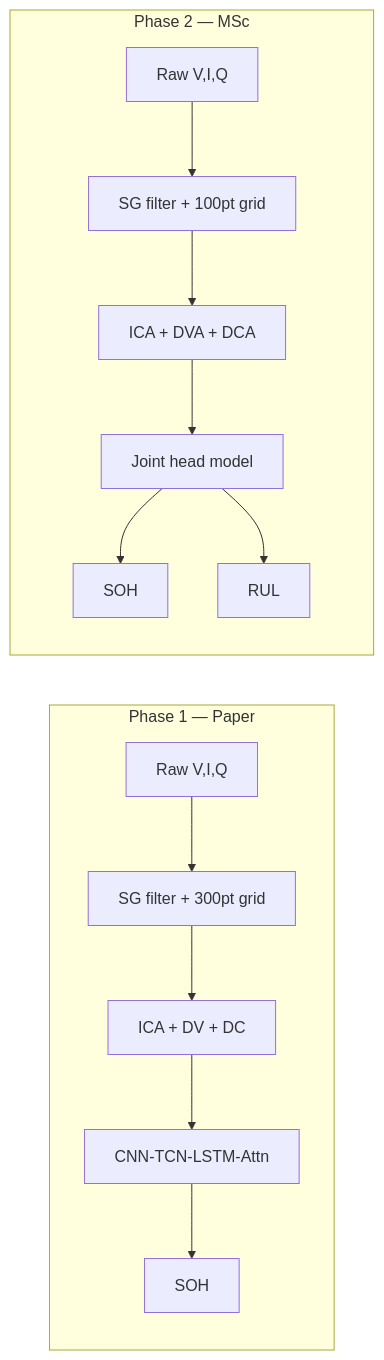
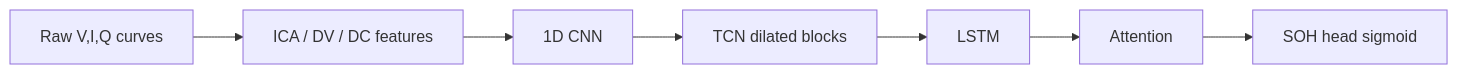
Before and after one commit to VamshiKrishnaBandari07/MSc-CAPSTONE-PROJECT-SOH-RUL-PREDICTION--: the diagram in README.md, drawn with Mermaid. The commit also changed other lines of this file and 50 other files, not shown here.

````diff
--- a/README.md
+++ b/README.md
@@ -172,16 +65,9 @@
 ```mermaid
 flowchart LR
-    subgraph Phase1["Phase 1 — Paper"]
-        RAW1[Raw V,I,Q] --> SG1[SG filter + 300pt grid]
-        SG1 --> F1[ICA + DV + DC]
-        F1 --> M1[CNN-TCN-LSTM-Attn]
-        M1 --> SOH1[SOH]
-    end
-    subgraph Phase2["Phase 2 — MSc"]
-        RAW2[Raw V,I,Q] --> SG2[SG filter + 100pt grid]
-        SG2 --> F2[ICA + DVA + DCA]
-        F2 --> M2[Joint head model]
-        M2 --> SOH2[SOH]
-        M2 --> RUL[RUL]
-    end
+  A[Raw V,I,Q curves] --> B[ICA / DV / DC features]
+  B --> C[1D CNN]
+  C --> D[TCN dilated blocks]
+  D --> E[LSTM]
+  E --> F[Attention]
+  F --> G[SOH head sigmoid]
 ```
````
